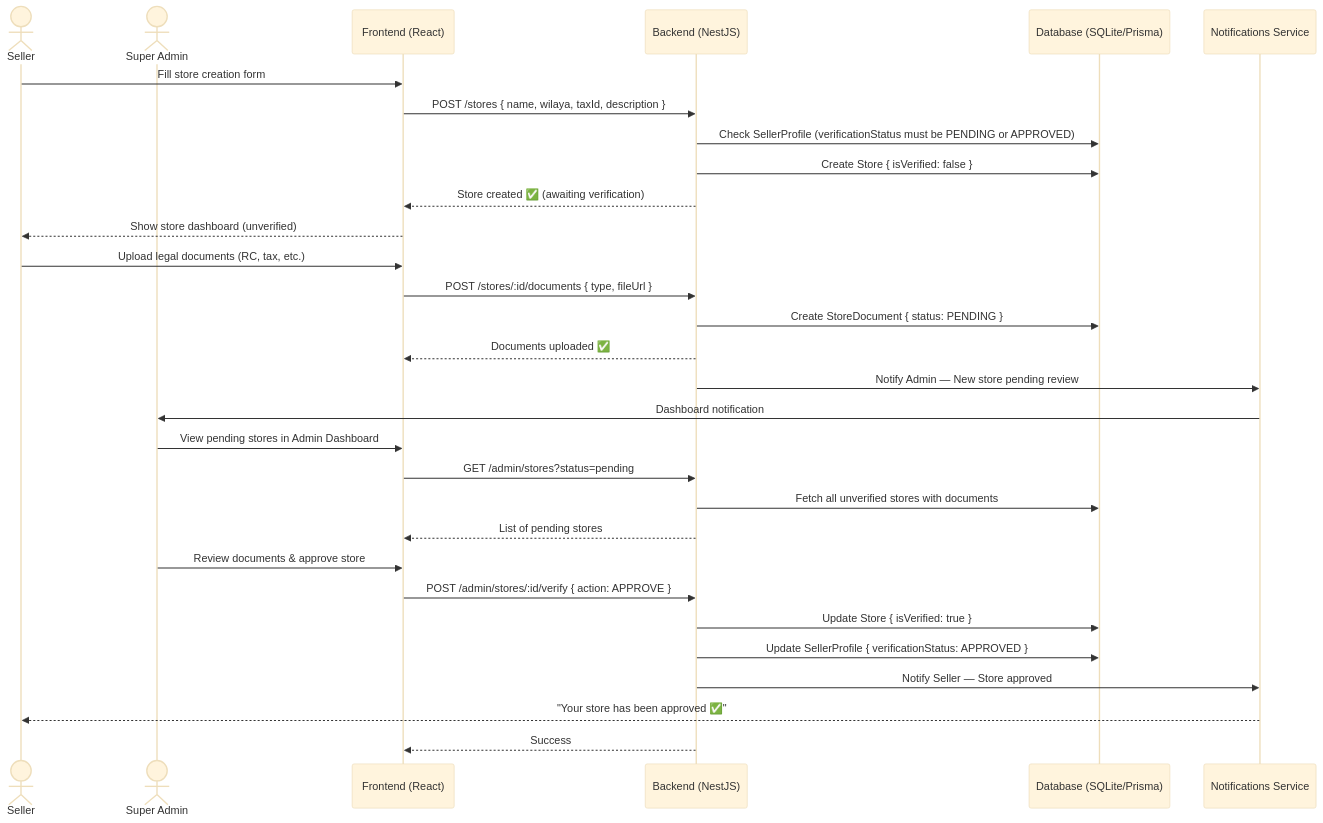
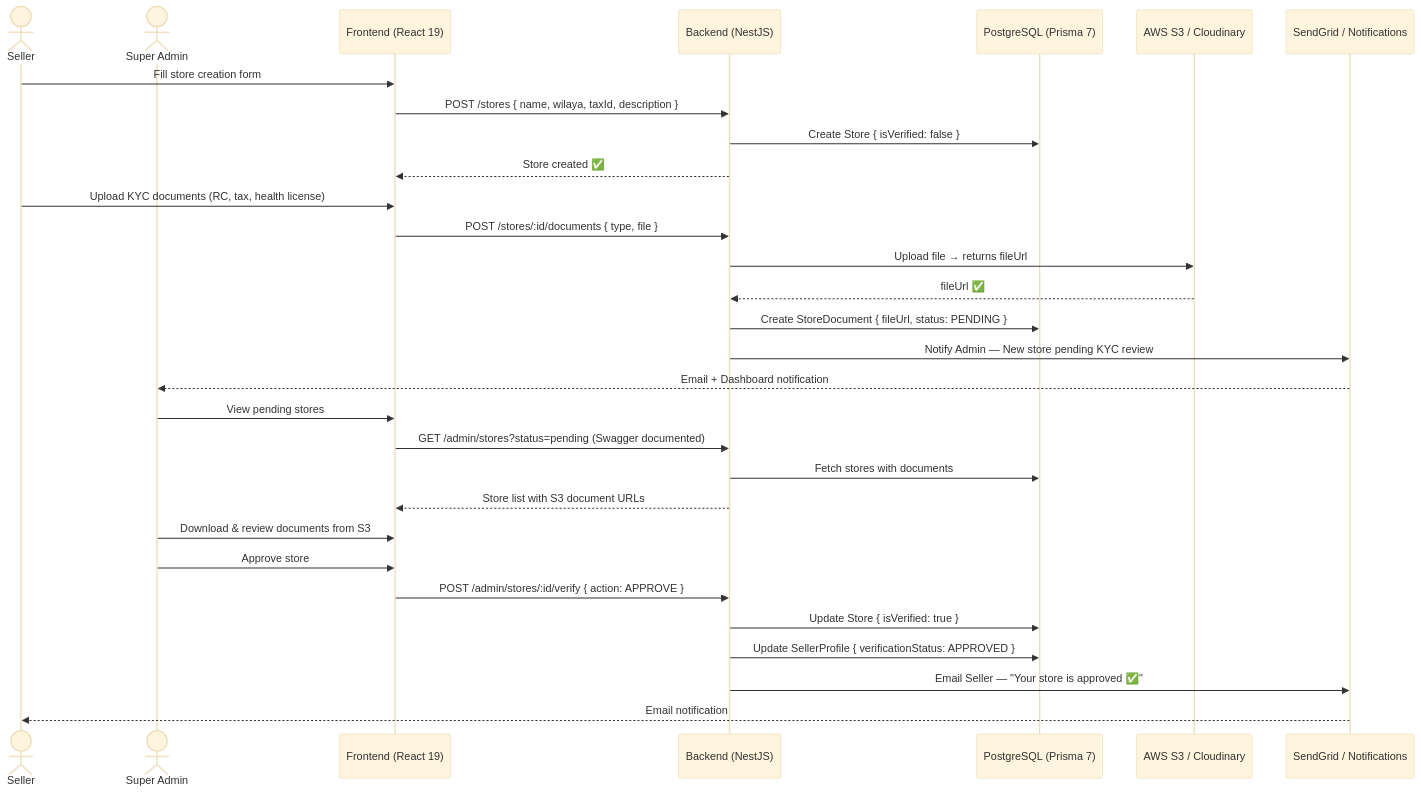
The third of 10 diagrams in diagrams/02_sequence_diagram.md (tayeb736/prohect12), drawn with Mermaid (base theme) before and after one commit. The commit also changed other lines of this file and 7 other files, not shown here.

Commit message:
docs: update all UML diagrams — add PostgreSQL, Redis, S3, Stripe, SendGrid, KYC, Swagger per readme2 & README3

````diff
--- a/diagrams/02_sequence_diagram.md
+++ b/diagrams/02_sequence_diagram.md
@@ -68,37 +82,36 @@
 ```mermaid
 sequenceDiagram
   actor Seller
   actor Admin as Super Admin
-  participant Browser as Frontend (React)
+  participant Browser as Frontend (React 19)
   participant API as Backend (NestJS)
-  participant DB as Database (SQLite/Prisma)
-  participant Notif as Notifications Service
+  participant DB as PostgreSQL (Prisma 7)
+  participant S3 as AWS S3 / Cloudinary
+  participant Notif as SendGrid / Notifications
 
   Seller->>Browser: Fill store creation form
   Browser->>API: POST /stores { name, wilaya, taxId, description }
-  API->>DB: Check SellerProfile (verificationStatus must be PENDING or APPROVED)
   API->>DB: Create Store { isVerified: false }
-  API-->>Browser: Store created ✅ (awaiting verification)
-  Browser-->>Seller: Show store dashboard (unverified)
+  API-->>Browser: Store created ✅
 
-  Seller->>Browser: Upload legal documents (RC, tax, etc.)
-  Browser->>API: POST /stores/:id/documents { type, fileUrl }
-  API->>DB: Create StoreDocument { status: PENDING }
-  API-->>Browser: Documents uploaded ✅
+  Seller->>Browser: Upload KYC documents (RC, tax, health license)
+  Browser->>API: POST /stores/:id/documents { type, file }
+  API->>S3: Upload file → returns fileUrl
+  S3-->>API: fileUrl ✅
+  API->>DB: Create StoreDocument { fileUrl, status: PENDING }
+  API->>Notif: Notify Admin — New store pending KYC review
+  Notif-->>Admin: Email + Dashboard notification
 
-  API->>Notif: Notify Admin — New store pending review
-  Notif->>Admin: Dashboard notification
+  Admin->>Browser: View pending stores
+  Browser->>API: GET /admin/stores?status=pending (Swagger documented)
+  API->>DB: Fetch stores with documents
+  API-->>Browser: Store list with S3 document URLs
 
-  Admin->>Browser: View pending stores in Admin Dashboard
-  Browser->>API: GET /admin/stores?status=pending
-  API->>DB: Fetch all unverified stores with documents
-  API-->>Browser: List of pending stores
-
-  Admin->>Browser: Review documents & approve store
+  Admin->>Browser: Download & review documents from S3
+  Admin->>Browser: Approve store
   Browser->>API: POST /admin/stores/:id/verify { action: APPROVE }
   API->>DB: Update Store { isVerified: true }
   API->>DB: Update SellerProfile { verificationStatus: APPROVED }
-  API->>Notif: Notify Seller — Store approved
-  Notif-->>Seller: "Your store has been approved ✅"
-  API-->>Browser: Success
+  API->>Notif: Email Seller — "Your store is approved ✅"
+  Notif-->>Seller: Email notification
 ```
````
